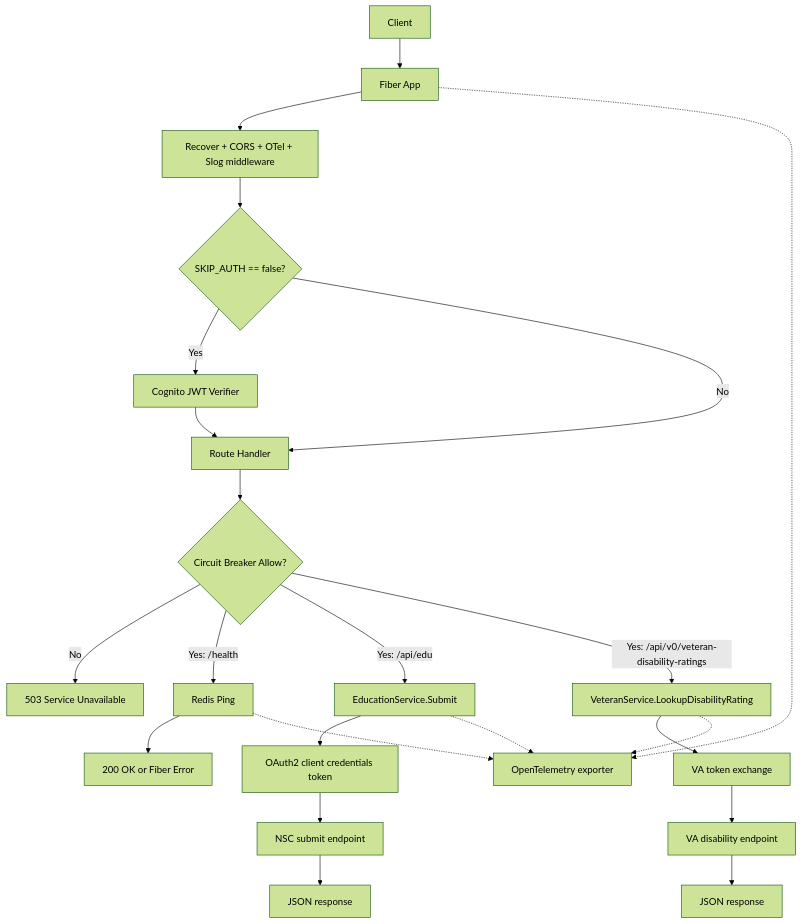
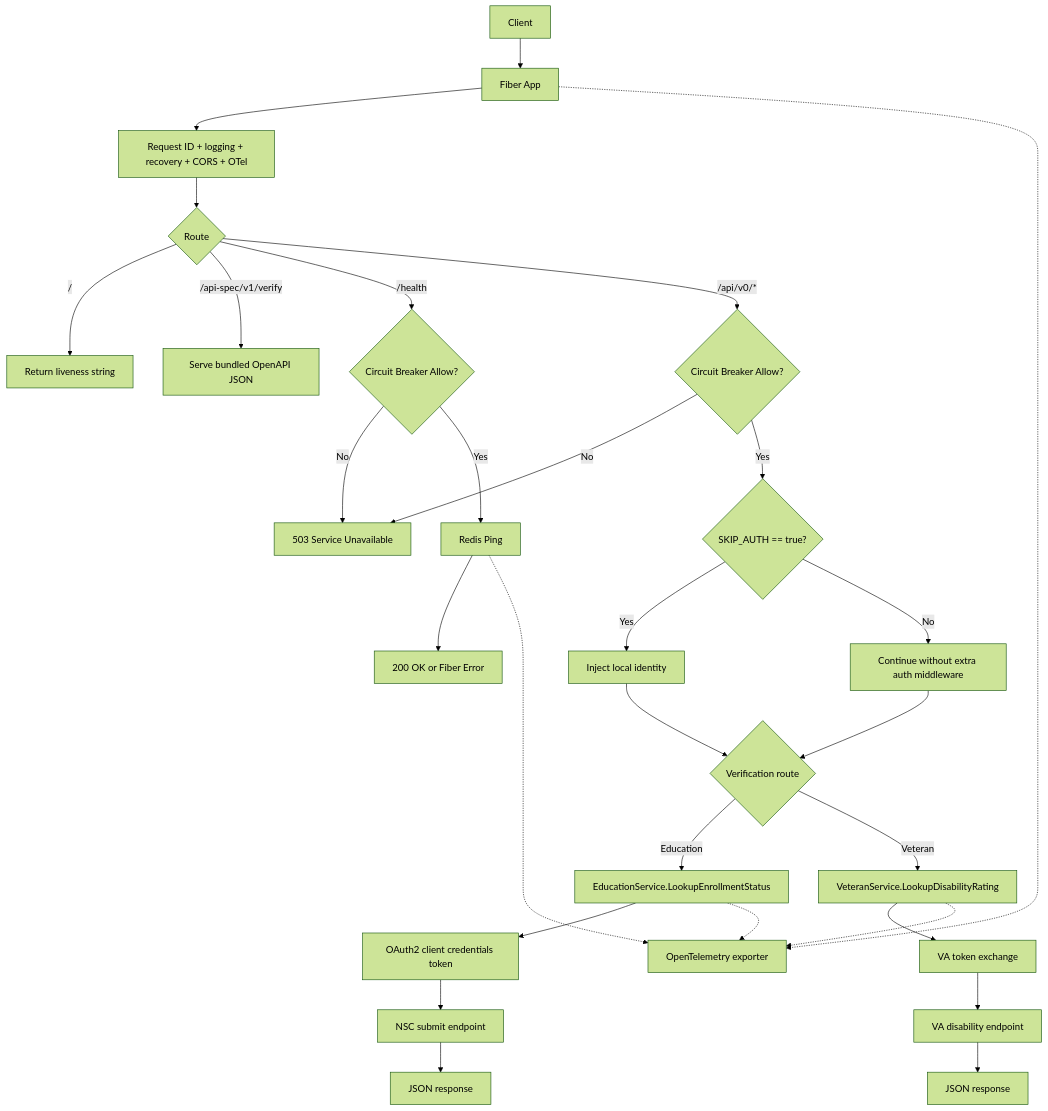
One commit to CMSgov/emmy-api changed the diagram in docs/overview.md. Above: the diagram before and after it, drawn with Mermaid (forest theme). The commit also changed other lines of this file and 13 other files, not shown here.

````diff
--- a/docs/overview.md
+++ b/docs/overview.md
@@ -49,30 +60,37 @@
 ```mermaid
 flowchart TD
     A[Client] --> B[Fiber App]
-    B --> C[Recover + CORS + OTel + Slog middleware]
-    C --> D{SKIP_AUTH == false?}
-    D -->|Yes| E[Cognito JWT Verifier]
-    D -->|No| F[Route Handler]
-    E --> F
+    B --> C[Request ID + logging + recovery + CORS + OTel]
+    C --> D{Route}
+    D -->|"/"| E[Return liveness string]
+    D -->|"/api-spec/v1/verify"| F[Serve bundled OpenAPI JSON]
+    D -->|"/health"| G{Circuit Breaker Allow?}
+    D -->|"/api/v0/*"| H{Circuit Breaker Allow?}
 
-    F --> G{Circuit Breaker Allow?}
-    G -->|No| H[503 Service Unavailable]
+    G -->|No| I[503 Service Unavailable]
+    G -->|Yes| J[Redis Ping]
+    J --> K[200 OK or Fiber Error]
 
-    G -->|Yes: /health| I[Redis Ping]
-    I --> J[200 OK or Fiber Error]
+    H -->|No| I
+    H -->|Yes| L{SKIP_AUTH == true?}
+    L -->|Yes| M[Inject local identity]
+    L -->|No| N[Continue without extra auth middleware]
 
-    G -->|Yes: /api/edu| K[EducationService.Submit]
-    K --> L[OAuth2 client credentials token]
-    L --> M[NSC submit endpoint]
-    M --> N[JSON response]
+    M --> O{Verification route}
+    N --> O
 
-    G -->|Yes: /api/v0/veteran-disability-ratings| V[VeteranService.LookupDisabilityRating]
-    V --> W[VA token exchange]
-    W --> X[VA disability endpoint]
-    X --> Y[JSON response]
+    O -->|Education| P[EducationService.LookupEnrollmentStatus]
+    P --> Q[OAuth2 client credentials token]
+    Q --> R[NSC submit endpoint]
+    R --> S[JSON response]
 
-    B -.-> O[OpenTelemetry exporter]
-    I -.-> O
-    K -.-> O
-    V -.-> O
+    O -->|Veteran| T[VeteranService.LookupDisabilityRating]
+    T --> U[VA token exchange]
+    U --> V[VA disability endpoint]
+    V --> W[JSON response]
+
+    B -.-> X[OpenTelemetry exporter]
+    J -.-> X
+    P -.-> X
+    T -.-> X
 ```
````
